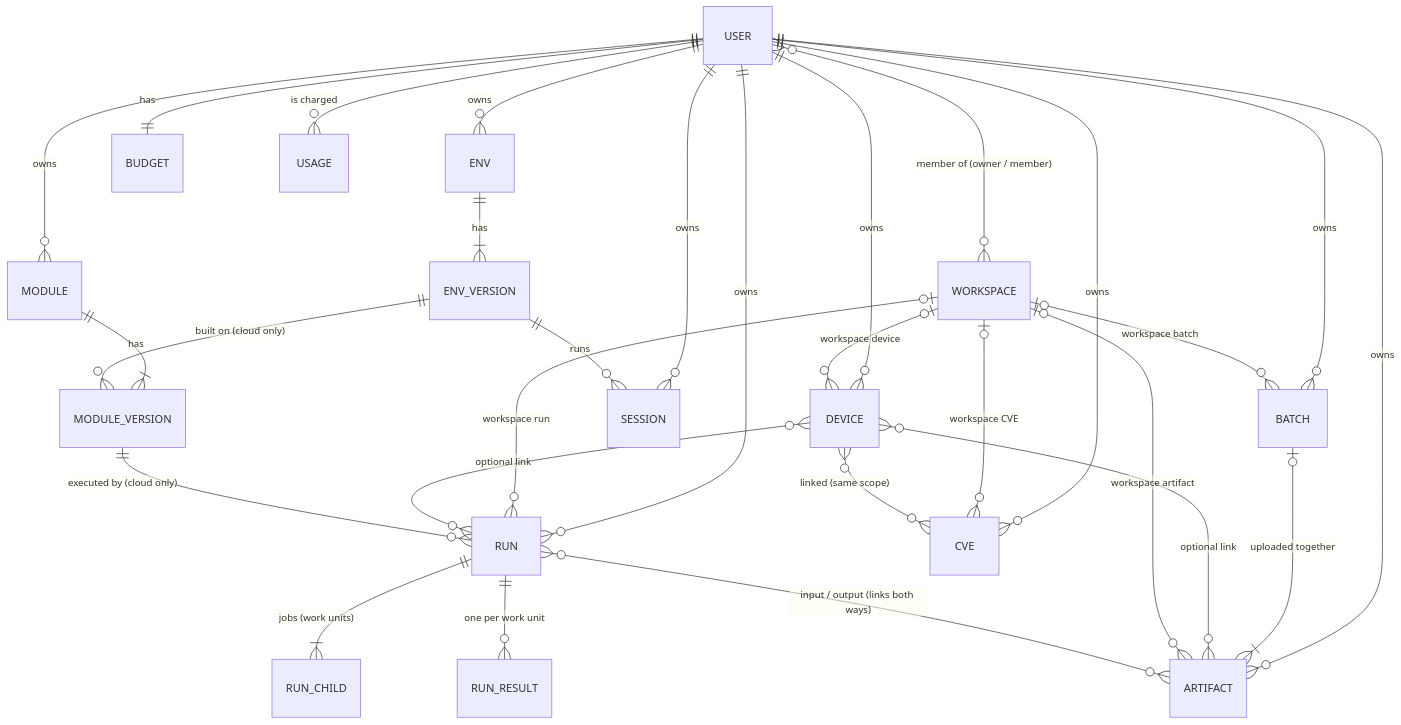
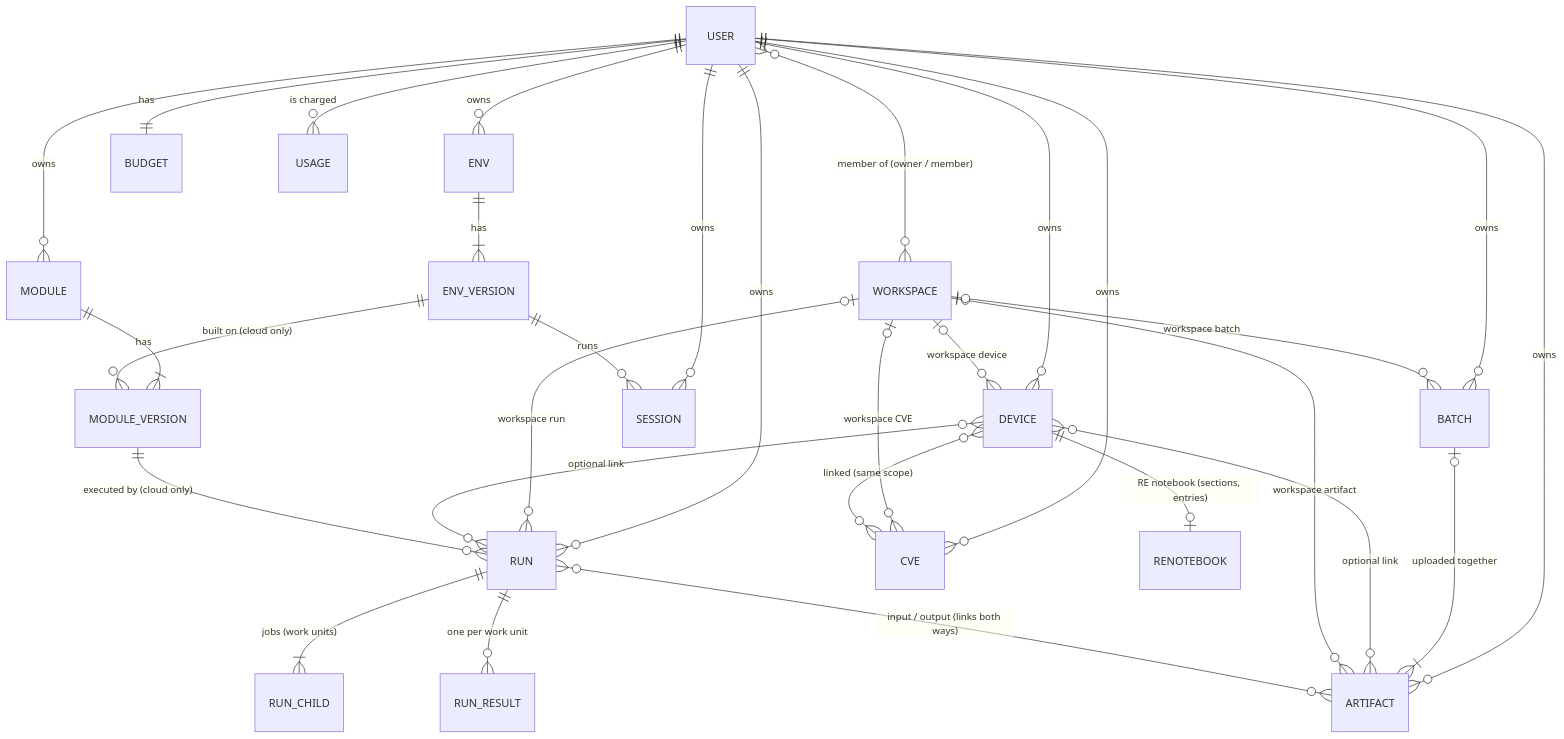
One commit to NathanMal04/Healthcare-IoT-Testbed changed the diagram in Platform/infra/DATABASE.md. Above: the diagram before and after it, drawn with Mermaid. The commit also changed other lines of this file and 8 other files, not shown here.

````diff
--- a/Platform/infra/DATABASE.md
+++ b/Platform/infra/DATABASE.md
@@ -482,31 +508,32 @@
 ```mermaid
 erDiagram
     USER ||--o{ DEVICE : owns
     USER ||--o{ ARTIFACT : owns
     USER ||--o{ BATCH : owns
     BATCH |o--|{ ARTIFACT : "uploaded together"
     USER ||--o{ MODULE : owns
     USER ||--o{ ENV : owns
     USER ||--o{ RUN : owns
     USER ||--o{ SESSION : owns
     USER ||--|| BUDGET : has
     USER ||--o{ USAGE : "is charged"
     USER }o--o{ WORKSPACE : "member of (owner / member)"
     WORKSPACE |o--o{ DEVICE : "workspace device"
     DEVICE }o--o{ ARTIFACT : "optional link"
     WORKSPACE |o--o{ ARTIFACT : "workspace artifact"
     WORKSPACE |o--o{ BATCH : "workspace batch"
     USER ||--o{ CVE : owns
     WORKSPACE |o--o{ CVE : "workspace CVE"
     DEVICE }o--o{ CVE : "linked (same scope)"
+    DEVICE ||--o| RENOTEBOOK : "RE notebook (sections, entries)"
     WORKSPACE |o--o{ RUN : "workspace run"
     DEVICE }o--o{ RUN : "optional link"
     MODULE ||--|{ MODULE_VERSION : has
     ENV ||--|{ ENV_VERSION : has
     ENV_VERSION ||--o{ MODULE_VERSION : "built on (cloud only)"
     ENV_VERSION ||--o{ SESSION : "runs"
     MODULE_VERSION ||--o{ RUN : "executed by (cloud only)"
     RUN ||--|{ RUN_CHILD : "jobs (work units)"
     RUN ||--o{ RUN_RESULT : "one per work unit"
     RUN }o--o{ ARTIFACT : "input / output (links both ways)"
 ```
````
